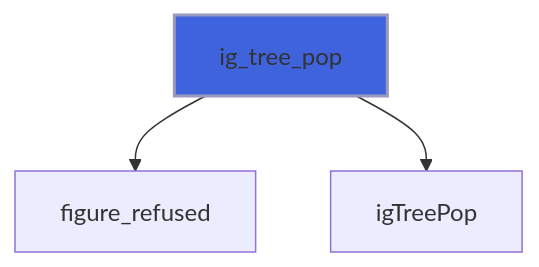
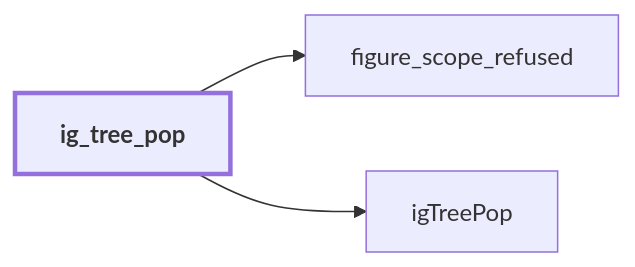
Before and after one commit to szaghi/figure: the seventh of 40 diagrams in docs/api/src/lib/figure_group.md, drawn with Mermaid. The commit also changed other lines of this file and 54 other files, not shown here.

````diff
--- a/docs/api/src/lib/figure_group.md
+++ b/docs/api/src/lib/figure_group.md
@@ -181,6 +380,9 @@
 ```mermaid
-flowchart TD
-  ig_tree_pop["ig_tree_pop"] --> figure_refused["figure_refused"]
+flowchart LR
+  ig_tree_pop["ig_tree_pop"] --> figure_scope_refused["figure_scope_refused"]
   ig_tree_pop["ig_tree_pop"] --> igTreePop["igTreePop"]
-  style ig_tree_pop fill:#3e63dd,stroke:#99b,stroke-width:2px
+  classDef focus stroke-width:3px,font-weight:bold
+  class ig_tree_pop focus
+  click figure_scope_refused href "figure_base.html#figure-scope-refused" "figure_scope_refused"
+  click igTreePop href "figure_cimgui.html#igtreepop" "igTreePop"
 ```
````
